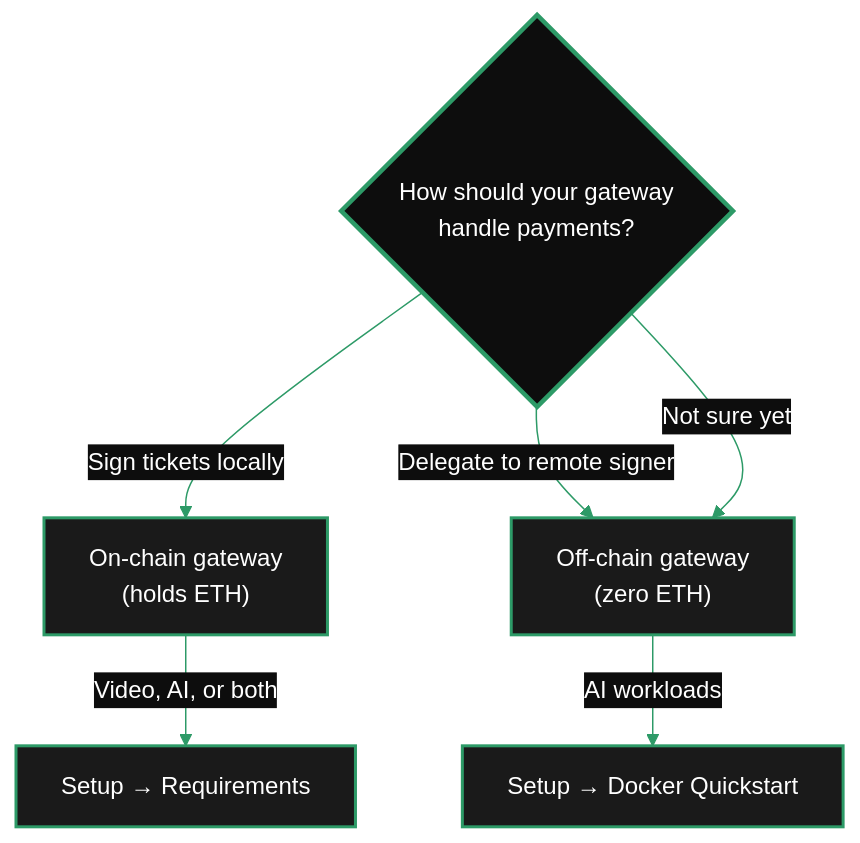
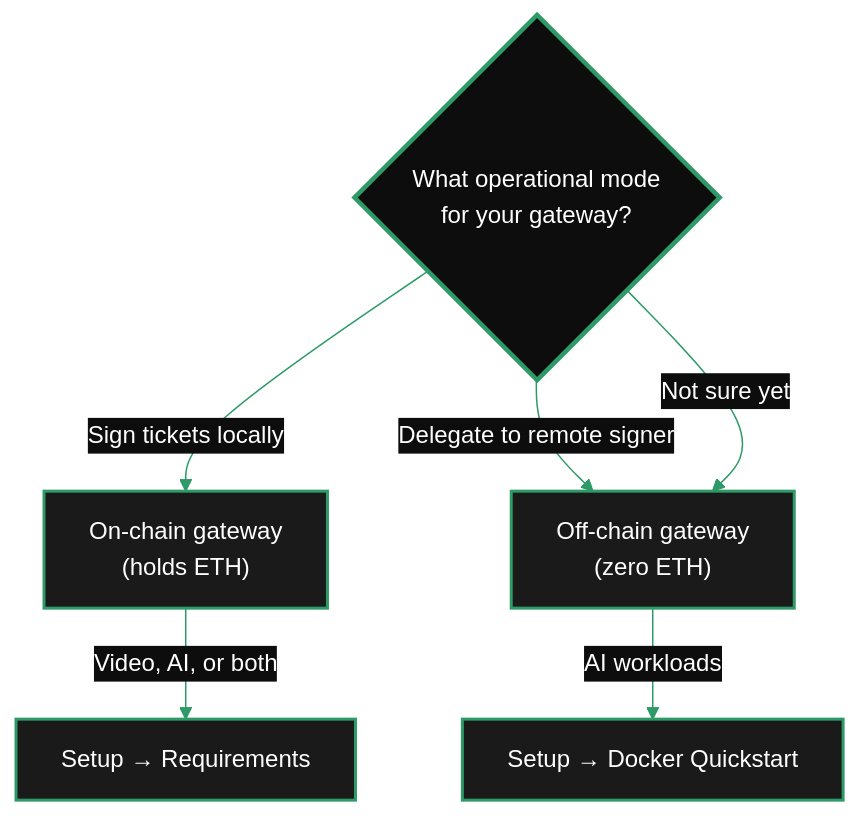
The diagram in v2/gateways/navigator.mdx (sidestream-tech/livepeer-docs), drawn with Mermaid before and after one commit. The commit also changed other lines of this file and 251 other files, not shown here.

````diff
--- a/v2/gateways/navigator.mdx
+++ b/v2/gateways/navigator.mdx
@@ -145,14 +152,14 @@
 ```mermaid
 %%{init: {'theme': 'base', 'themeVariables': { 'primaryColor': '#1a1a1a', 'primaryTextColor': '#fff', 'primaryBorderColor': '#2d9a67', 'lineColor': '#2d9a67', 'secondaryColor': '#0d0d0d', 'tertiaryColor': '#1a1a1a', 'background': '#0d0d0d', 'fontFamily': 'system-ui' }}}%%
 flowchart TD
-    Q{"How should your gateway<br/>handle payments?"} -->|"Sign tickets locally"| V["On-chain gateway<br/>(holds ETH)"]
+    Q{"What operational mode<br/>for your gateway?"} -->|"Sign tickets locally"| V["On-chain gateway<br/>(holds ETH)"]
     Q -->|"Delegate to remote signer"| A["Off-chain gateway<br/>(zero ETH)"]
     Q -->|"Not sure yet"| A
 
     V -->|"Video, AI, or both"| S1["Setup → Requirements"]
     A -->|"AI workloads"| S2["Setup → Docker Quickstart"]
 
     classDef default fill:#1a1a1a,color:#fff,stroke:#2d9a67,stroke-width:2px
     classDef decision fill:#0d0d0d,color:#fff,stroke:#2d9a67,stroke-width:3px
     class Q decision
 ```
````
